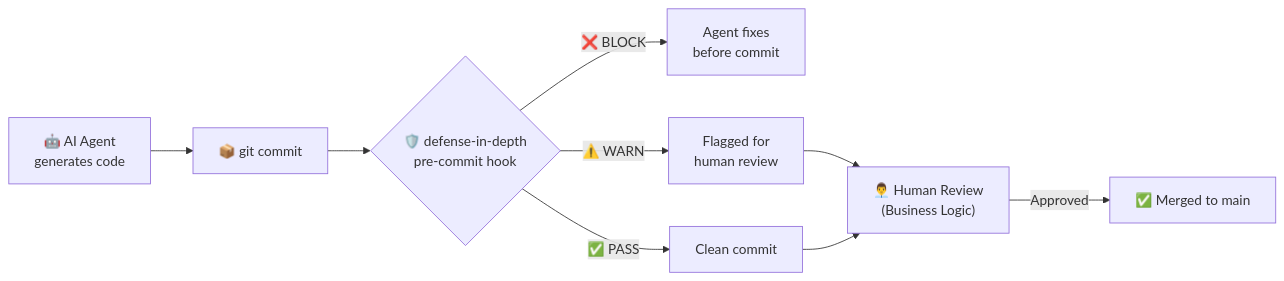
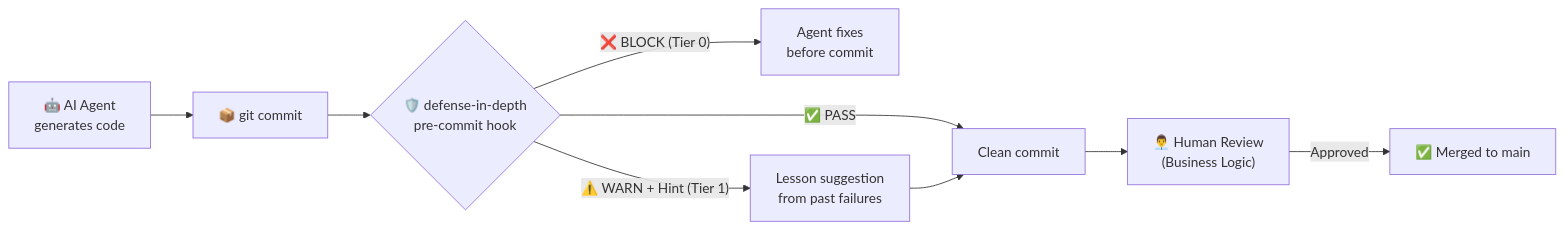
Before and after one commit to tamld/defense-in-depth: the diagram in README.md, drawn with Mermaid. The commit also changed other lines of this file and 128 other files, not shown here.

````diff
--- a/README.md
+++ b/README.md
@@ -120,11 +125,11 @@
 ```mermaid
 flowchart LR
     A["🤖 AI Agent<br/>generates code"] --> B["📦 git commit"]
     B --> C{"🛡️ defense-in-depth<br/>pre-commit hook"}
-    C -->|"❌ BLOCK"| D["Agent fixes<br/>before commit"]
-    C -->|"⚠️ WARN"| E["Flagged for<br/>human review"]
+    C -->|"❌ BLOCK (Tier 0)"| D["Agent fixes<br/>before commit"]
+    C -->|"⚠️ WARN + Hint (Tier 1)"| E["Lesson suggestion<br/>from past failures"]
     C -->|"✅ PASS"| F["Clean commit"]
-    E --> G["👨‍💼 Human Review<br/>(Business Logic)"]
-    F --> G
+    E --> F
+    F --> G["👨‍💼 Human Review<br/>(Business Logic)"]
     G -->|"Approved"| H["✅ Merged to main"]
 ```
````
